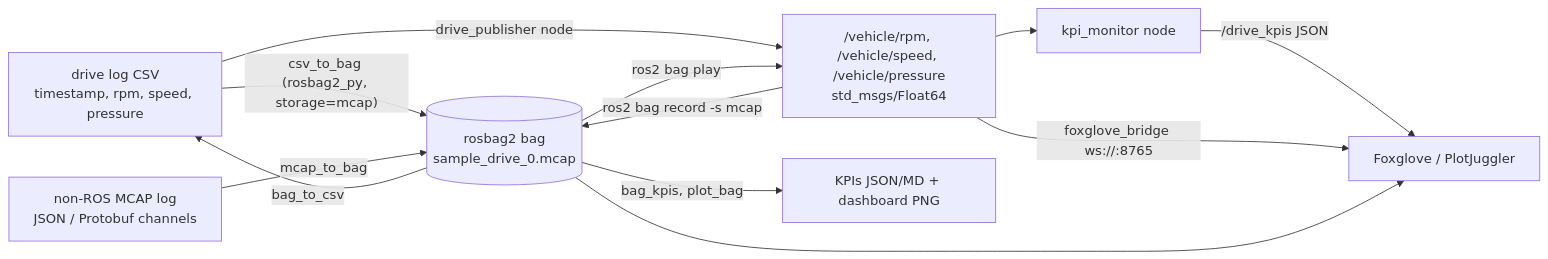
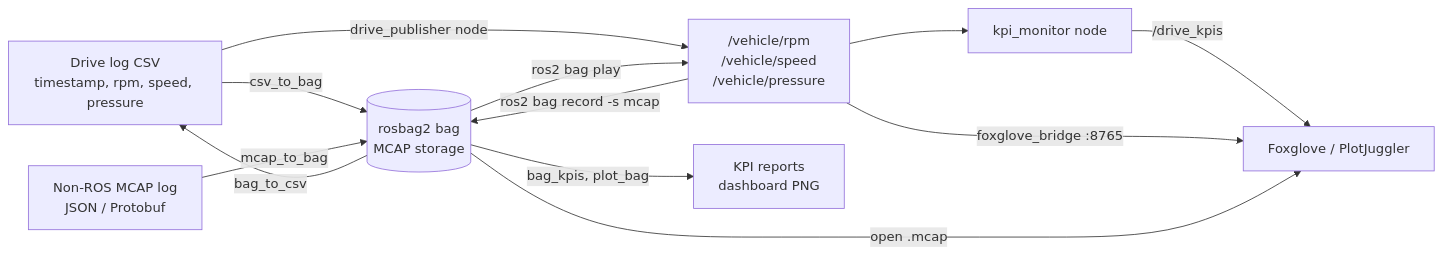
Before and after one commit to michealswolski/ROS-2: the diagram in README.md, drawn with Mermaid. The commit also changed other lines of this file and 6 other files, not shown here.

````diff
--- a/README.md
+++ b/README.md
@@ -48,13 +83,13 @@
 ```mermaid
 flowchart LR
-    CSV["drive log CSV<br/>timestamp, rpm, speed, pressure"] -->|"csv_to_bag (rosbag2_py, storage=mcap)"| BAG[("rosbag2 bag<br/>sample_drive_0.mcap")]
-    LOG["non-ROS MCAP log<br/>JSON / Protobuf channels"] -->|"mcap_to_bag"| BAG
+    CSV["Drive log CSV<br/>timestamp, rpm, speed, pressure"] -->|"csv_to_bag"| BAG[("rosbag2 bag<br/>MCAP storage")]
+    LOG["Non-ROS MCAP log<br/>JSON / Protobuf"] -->|"mcap_to_bag"| BAG
     BAG -->|"bag_to_csv"| CSV
     CSV -->|"drive_publisher node"| T
     T -->|"ros2 bag record -s mcap"| BAG
-    BAG -->|"ros2 bag play"| T["/vehicle/rpm, /vehicle/speed, /vehicle/pressure<br/>std_msgs/Float64"]
-    T --> MON["kpi_monitor node"] -->|"/drive_kpis JSON"| VIZ
-    T -->|"foxglove_bridge ws://:8765"| VIZ["Foxglove / PlotJuggler"]
-    BAG --> VIZ
-    BAG -->|"bag_kpis, plot_bag"| OUT["KPIs JSON/MD + dashboard PNG"]
+    BAG -->|"ros2 bag play"| T["/vehicle/rpm<br/>/vehicle/speed<br/>/vehicle/pressure"]
+    T --> MON["kpi_monitor node"] -->|"/drive_kpis"| VIZ
+    T -->|"foxglove_bridge :8765"| VIZ["Foxglove / PlotJuggler"]
+    BAG -->|"open .mcap"| VIZ
+    BAG -->|"bag_kpis, plot_bag"| OUT["KPI reports<br/>dashboard PNG"]
 ```
````
